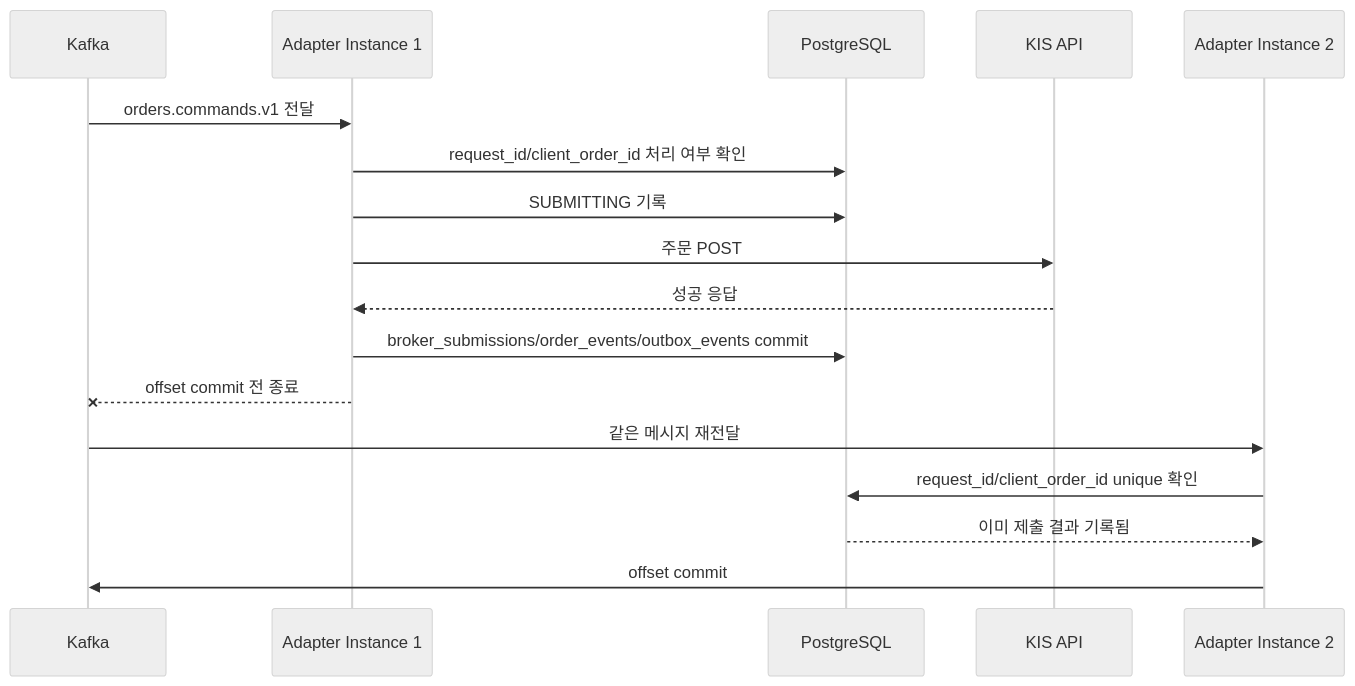
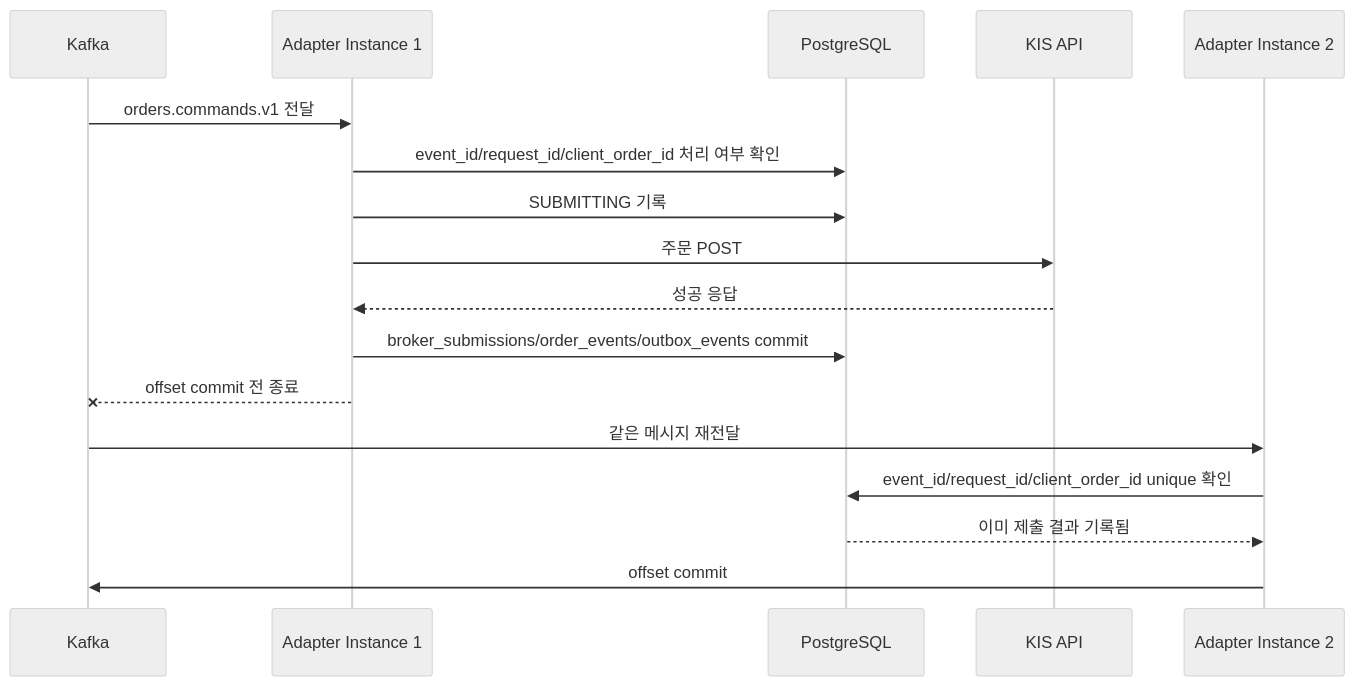
The fifth of 6 diagrams in docs/architecture.md (seunglee10/GOPS-BE), drawn with Mermaid (neutral theme) before and after one commit. The commit also changed other lines of this file and 30 other files, not shown here.

````diff
--- a/docs/architecture.md
+++ b/docs/architecture.md
@@ -162,20 +178,20 @@
 ```mermaid
 sequenceDiagram
   participant K as Kafka
   participant A1 as Adapter Instance 1
   participant DB as PostgreSQL
   participant KIS as KIS API
   participant A2 as Adapter Instance 2
 
   K->>A1: orders.commands.v1 전달
-  A1->>DB: request_id/client_order_id 처리 여부 확인
+  A1->>DB: event_id/request_id/client_order_id 처리 여부 확인
   A1->>DB: SUBMITTING 기록
   A1->>KIS: 주문 POST
   KIS-->>A1: 성공 응답
   A1->>DB: broker_submissions/order_events/outbox_events commit
   A1--xK: offset commit 전 종료
   K->>A2: 같은 메시지 재전달
-  A2->>DB: request_id/client_order_id unique 확인
+  A2->>DB: event_id/request_id/client_order_id unique 확인
   DB-->>A2: 이미 제출 결과 기록됨
   A2->>K: offset commit
 ```
````
